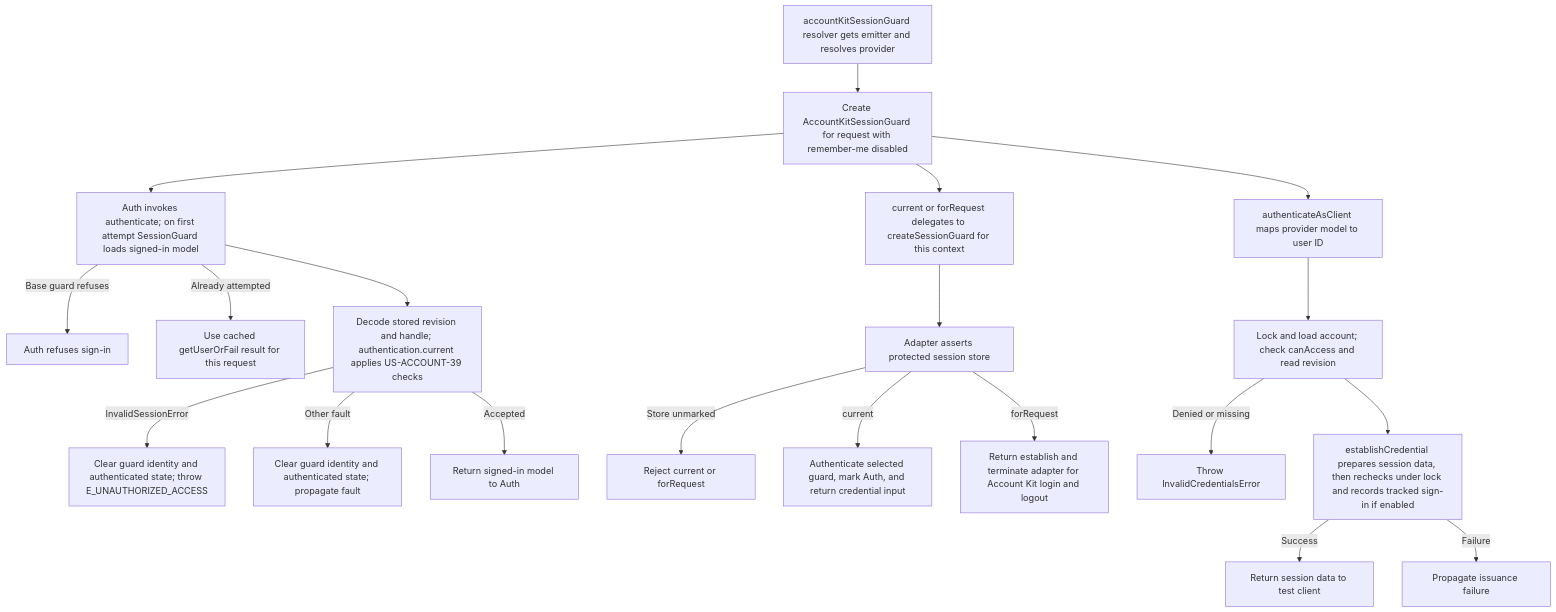
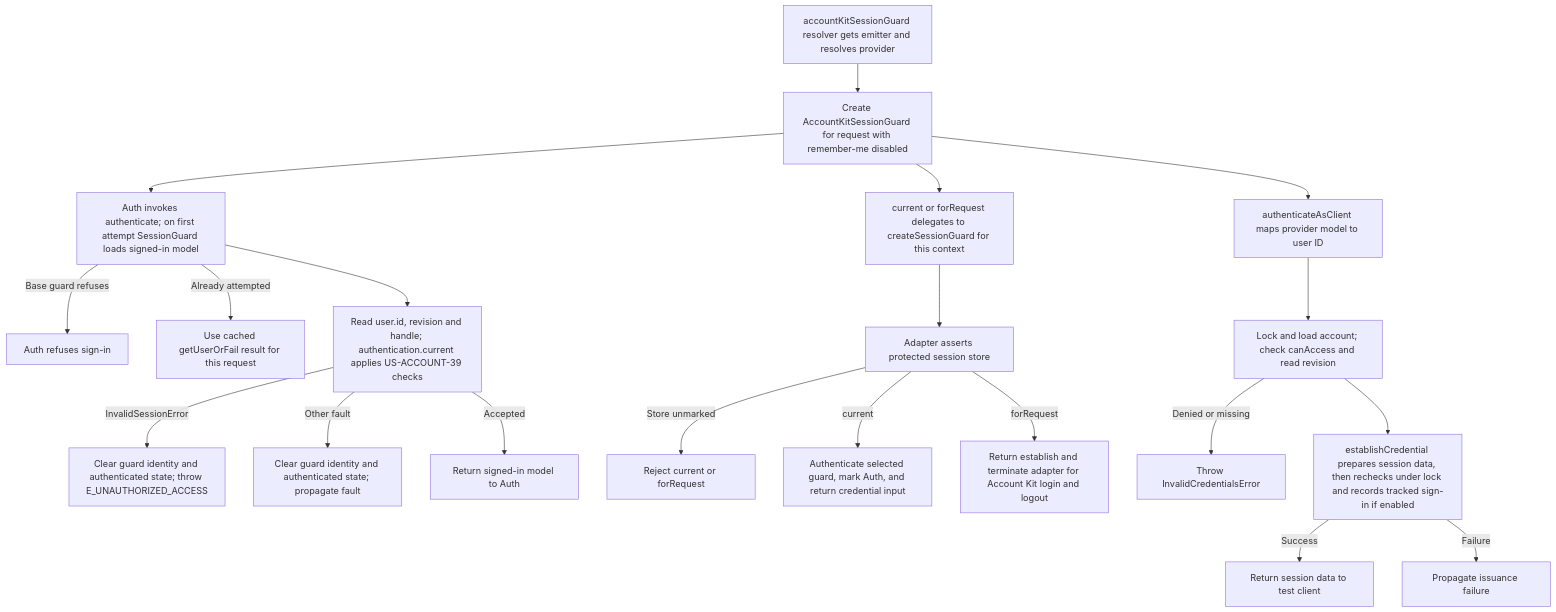
Before and after one commit to Kevinjohn/oss-adonisjs-account-kit: the second of 2 diagrams in user-stories/US-ACCOUNT-64-use-adonisjs-session-guard.md, drawn with Mermaid. The commit also changed other lines of this file and 3 other files, not shown here.

````diff
--- a/user-stories/US-ACCOUNT-64-use-adonisjs-session-guard.md
+++ b/user-stories/US-ACCOUNT-64-use-adonisjs-session-guard.md
@@ -37,22 +37,22 @@
 ```mermaid
 flowchart TD
  A["accountKitSessionGuard resolver gets emitter and resolves provider"] --> B["Create AccountKitSessionGuard for request with remember-me disabled"]
  B --> C["Auth invokes authenticate; on first attempt SessionGuard loads signed-in model"]
  C -->|Base guard refuses| I["Auth refuses sign-in"]
  C -->|Already attempted| Q["Use cached getUserOrFail result for this request"]
- C --> K["Decode stored revision and handle; authentication.current applies US-ACCOUNT-39 checks"]
+ C --> K["Read user.id, revision and handle; authentication.current applies US-ACCOUNT-39 checks"]
  K -->|InvalidSessionError| N["Clear guard identity and authenticated state; throw E_UNAUTHORIZED_ACCESS"]
  K -->|Other fault| X["Clear guard identity and authenticated state; propagate fault"]
  K -->|Accepted| O["Return signed-in model to Auth"]
  B --> H["current or forRequest delegates to createSessionGuard for this context"]
  H --> S["Adapter asserts protected session store"]
  S -->|Store unmarked| AA["Reject current or forRequest"]
  S -->|current| T["Authenticate selected guard, mark Auth, and return credential input"]
  S -->|forRequest| R["Return establish and terminate adapter for Account Kit login and logout"]
  B --> J["authenticateAsClient maps provider model to user ID"]
  J --> U["Lock and load account; check canAccess and read revision"]
  U -->|Denied or missing| V["Throw InvalidCredentialsError"]
  U --> W["establishCredential prepares session data, then rechecks under lock and records tracked sign-in if enabled"]
  W -->|Success| Y["Return session data to test client"]
  W -->|Failure| Z["Propagate issuance failure"]
 ```
````
